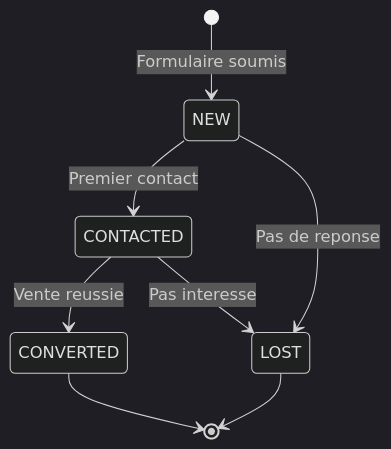
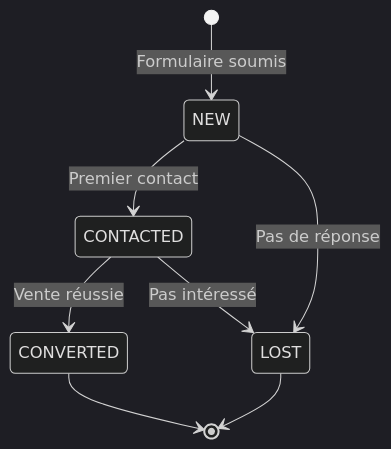
Before and after one commit to hrhouma1/inskillflow-docs-formation-spring-boot-projet-e-contact-backend: the first of 7 diagrams in cours/01-presentation-projet.md, drawn with Mermaid (dark theme). The commit also changed other lines of this file, not shown here.

````diff
--- a/cours/01-presentation-projet.md
+++ b/cours/01-presentation-projet.md
@@ -33,10 +33,10 @@
 ```mermaid
 stateDiagram-v2
     [*] --> NEW: Formulaire soumis
     NEW --> CONTACTED: Premier contact
-    CONTACTED --> CONVERTED: Vente reussie
-    CONTACTED --> LOST: Pas interesse
-    NEW --> LOST: Pas de reponse
+    CONTACTED --> CONVERTED: Vente réussie
+    CONTACTED --> LOST: Pas intéressé
+    NEW --> LOST: Pas de réponse
     CONVERTED --> [*]
     LOST --> [*]
 ```
````
